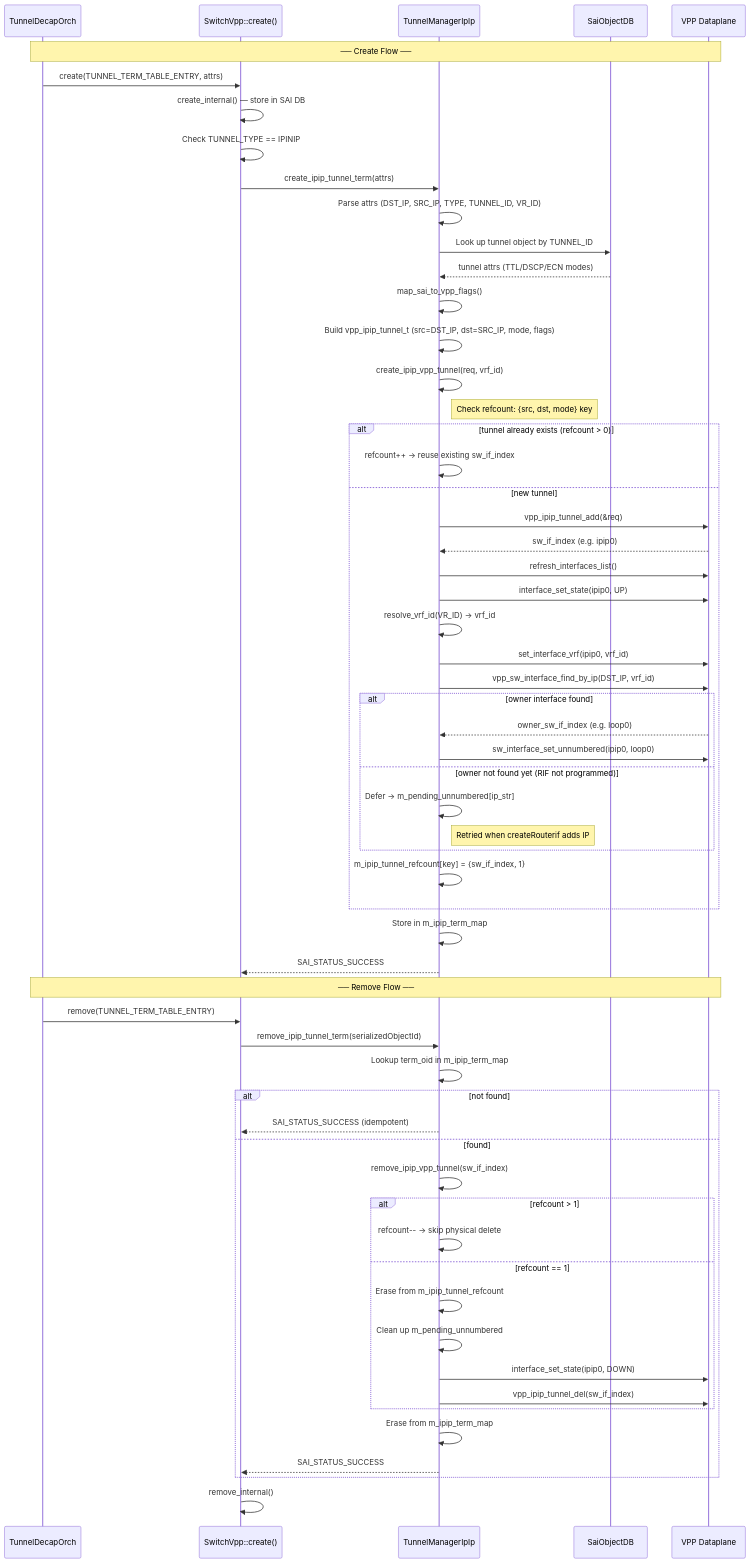
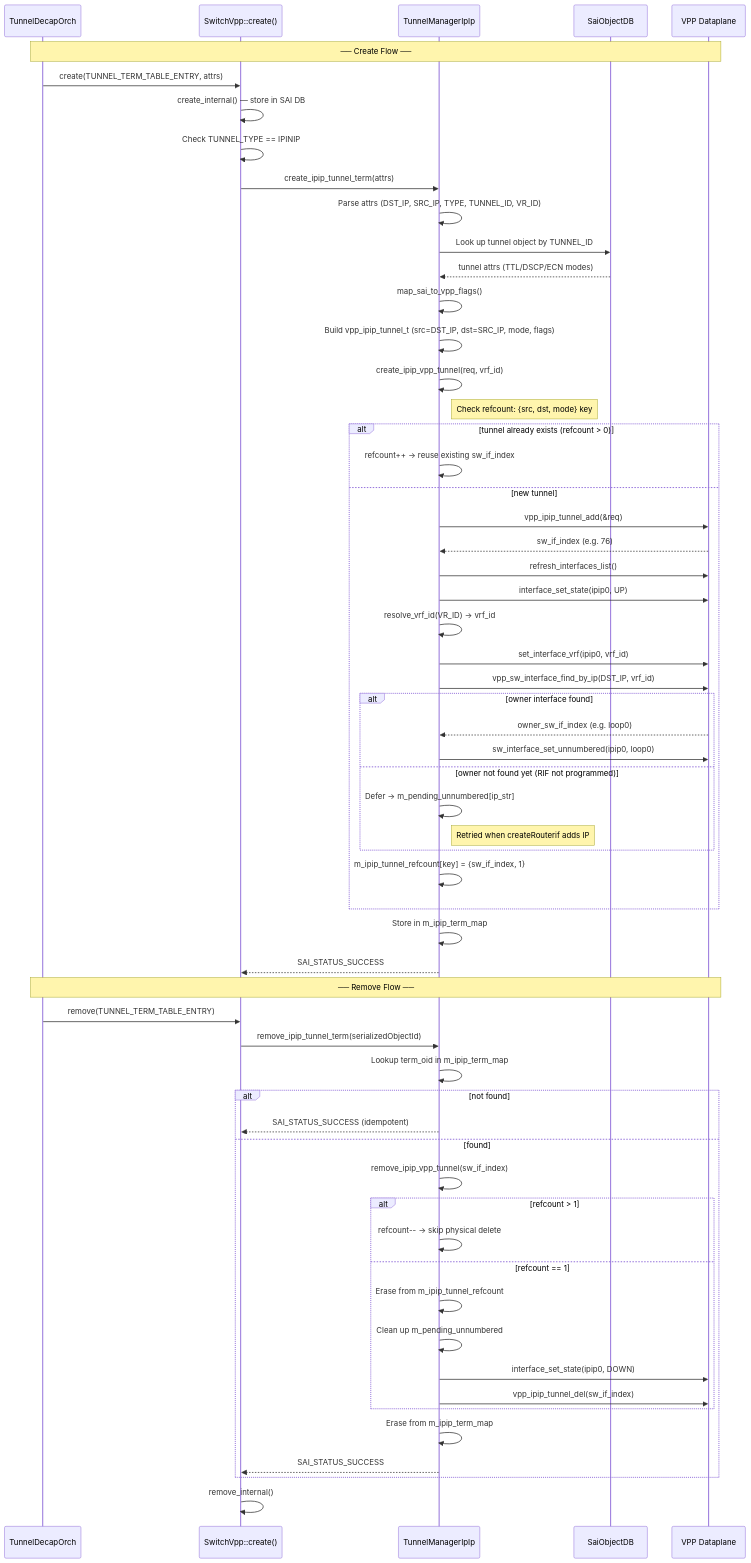
The first of 4 diagrams in docs/HLD/vpp-ipiptunnel.md (sonic-net/sonic-platform-vpp), drawn with Mermaid before and after one commit. The commit also changed other lines of this file, not shown here.

````diff
--- a/docs/HLD/vpp-ipiptunnel.md
+++ b/docs/HLD/vpp-ipiptunnel.md
@@ -364,68 +385,68 @@
 ```mermaid
 sequenceDiagram
     participant Orch as TunnelDecapOrch
     participant SW as SwitchVpp::create()
     participant TM as TunnelManagerIpIp
     participant DB as SaiObjectDB
     participant VPP as VPP Dataplane
 
     Note over Orch, VPP: ── Create Flow ──
 
     Orch->>SW: create(TUNNEL_TERM_TABLE_ENTRY, attrs)
     SW->>SW: create_internal() — store in SAI DB
     SW->>SW: Check TUNNEL_TYPE == IPINIP
     SW->>TM: create_ipip_tunnel_term(attrs)
 
     TM->>TM: Parse attrs (DST_IP, SRC_IP, TYPE, TUNNEL_ID, VR_ID)
     TM->>DB: Look up tunnel object by TUNNEL_ID
     DB-->>TM: tunnel attrs (TTL/DSCP/ECN modes)
     TM->>TM: map_sai_to_vpp_flags()
     TM->>TM: Build vpp_ipip_tunnel_t (src=DST_IP, dst=SRC_IP, mode, flags)
 
     TM->>TM: create_ipip_vpp_tunnel(req, vrf_id)
     Note right of TM: Check refcount: {src, dst, mode} key
     alt tunnel already exists (refcount > 0)
         TM->>TM: refcount++ → reuse existing sw_if_index
     else new tunnel
         TM->>VPP: vpp_ipip_tunnel_add(&req)
-        VPP-->>TM: sw_if_index (e.g. ipip0)
+        VPP-->>TM: sw_if_index (e.g. 76)
         TM->>VPP: refresh_interfaces_list()
         TM->>VPP: interface_set_state(ipip0, UP)
         TM->>TM: resolve_vrf_id(VR_ID) → vrf_id
         TM->>VPP: set_interface_vrf(ipip0, vrf_id)
         TM->>VPP: vpp_sw_interface_find_by_ip(DST_IP, vrf_id)
         alt owner interface found
             VPP-->>TM: owner_sw_if_index (e.g. loop0)
             TM->>VPP: sw_interface_set_unnumbered(ipip0, loop0)
         else owner not found yet (RIF not programmed)
             TM->>TM: Defer → m_pending_unnumbered[ip_str]
             Note right of TM: Retried when createRouterif adds IP
         end
         TM->>TM: m_ipip_tunnel_refcount[key] = {sw_if_index, 1}
     end
 
     TM->>TM: Store in m_ipip_term_map
     TM-->>SW: SAI_STATUS_SUCCESS
 
     Note over Orch, VPP: ── Remove Flow ──
 
     Orch->>SW: remove(TUNNEL_TERM_TABLE_ENTRY)
     SW->>TM: remove_ipip_tunnel_term(serializedObjectId)
     TM->>TM: Lookup term_oid in m_ipip_term_map
     alt not found
         TM-->>SW: SAI_STATUS_SUCCESS (idempotent)
     else found
         TM->>TM: remove_ipip_vpp_tunnel(sw_if_index)
         alt refcount > 1
             TM->>TM: refcount-- → skip physical delete
         else refcount == 1
             TM->>TM: Erase from m_ipip_tunnel_refcount
             TM->>TM: Clean up m_pending_unnumbered
             TM->>VPP: interface_set_state(ipip0, DOWN)
             TM->>VPP: vpp_ipip_tunnel_del(sw_if_index)
         end
         TM->>TM: Erase from m_ipip_term_map
         TM-->>SW: SAI_STATUS_SUCCESS
     end
     SW->>SW: remove_internal()
 ```
````
